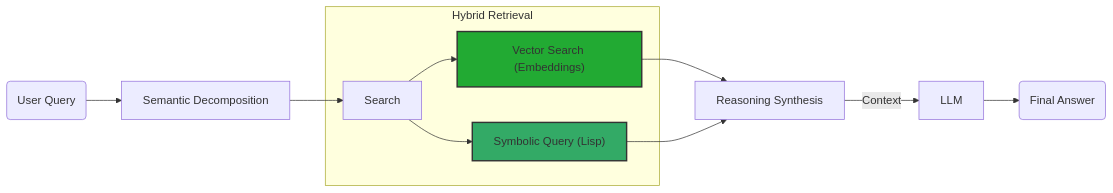
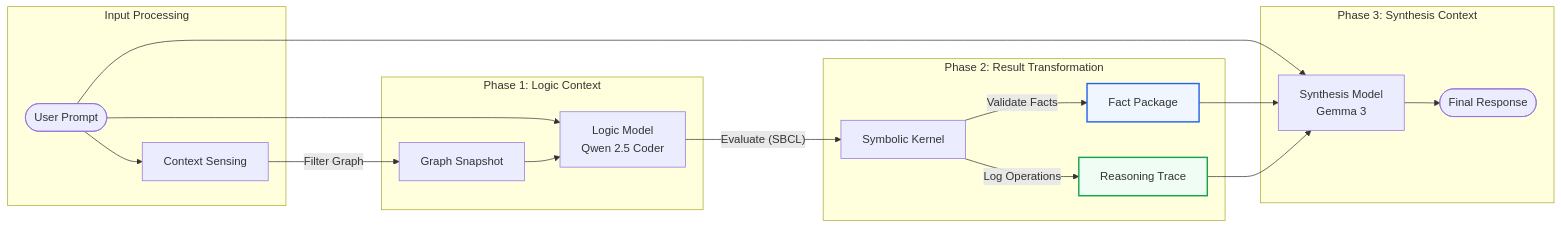
One commit to spock74/dialectical-symbolic-ai changed the seventh of 7 diagrams in README.md. Above: the diagram before and after it, drawn with Mermaid. The commit also changed other lines of this file and 71 other files, not shown here.

````diff
--- a/README.md
+++ b/README.md
@@ -100,19 +243,28 @@
 ```mermaid
-flowchart LR
-    Query(User Query) --> Decomposition
-    Decomposition[Semantic Decomposition] --> Search
-    
-    subgraph "Hybrid Retrieval"
-        Search --> Vector["Vector Search (Embeddings)"]
-        Search --> Symbolic["Symbolic Query (Lisp)"]
+graph LR
+    subgraph "Input Processing"
+        UP([User Prompt]) --> CS[Context Sensing]
     end
-    
-    Vector --> Synthesis
-    Symbolic --> Synthesis
-    
-    Synthesis[Reasoning Synthesis] -->|Context| LLM
-    LLM --> Response(Final Answer)
-    
-    style Vector fill:#2a3,stroke:#333,stroke-width:2px
-    style Symbolic fill:#3a6,stroke:#333,stroke-width:2px
+
+    subgraph "Phase 1: Logic Context"
+        CS --> |"Filter Graph"| GS[Graph Snapshot]
+        UP --> LM[Logic Model<br/>Qwen 2.5 Coder]
+        GS --> LM
+    end
+
+    subgraph "Phase 2: Result Transformation"
+        LM --> |"Evaluate (SBCL)"| SK[Symbolic Kernel]
+        SK --> |"Validate Facts"| FP[Fact Package]
+        SK --> |"Log Operations"| RT[Reasoning Trace]
+    end
+
+    subgraph "Phase 3: Synthesis Context"
+        UP --> SM[Synthesis Model<br/>Gemma 3]
+        FP --> SM
+        RT --> SM
+        SM --> FR([Final Response])
+    end
+
+    style FP fill:#eff6ff,stroke:#2563eb,stroke-width:2px
+    style RT fill:#f0fdf4,stroke:#16a34a,stroke-width:2px
 ```
````
